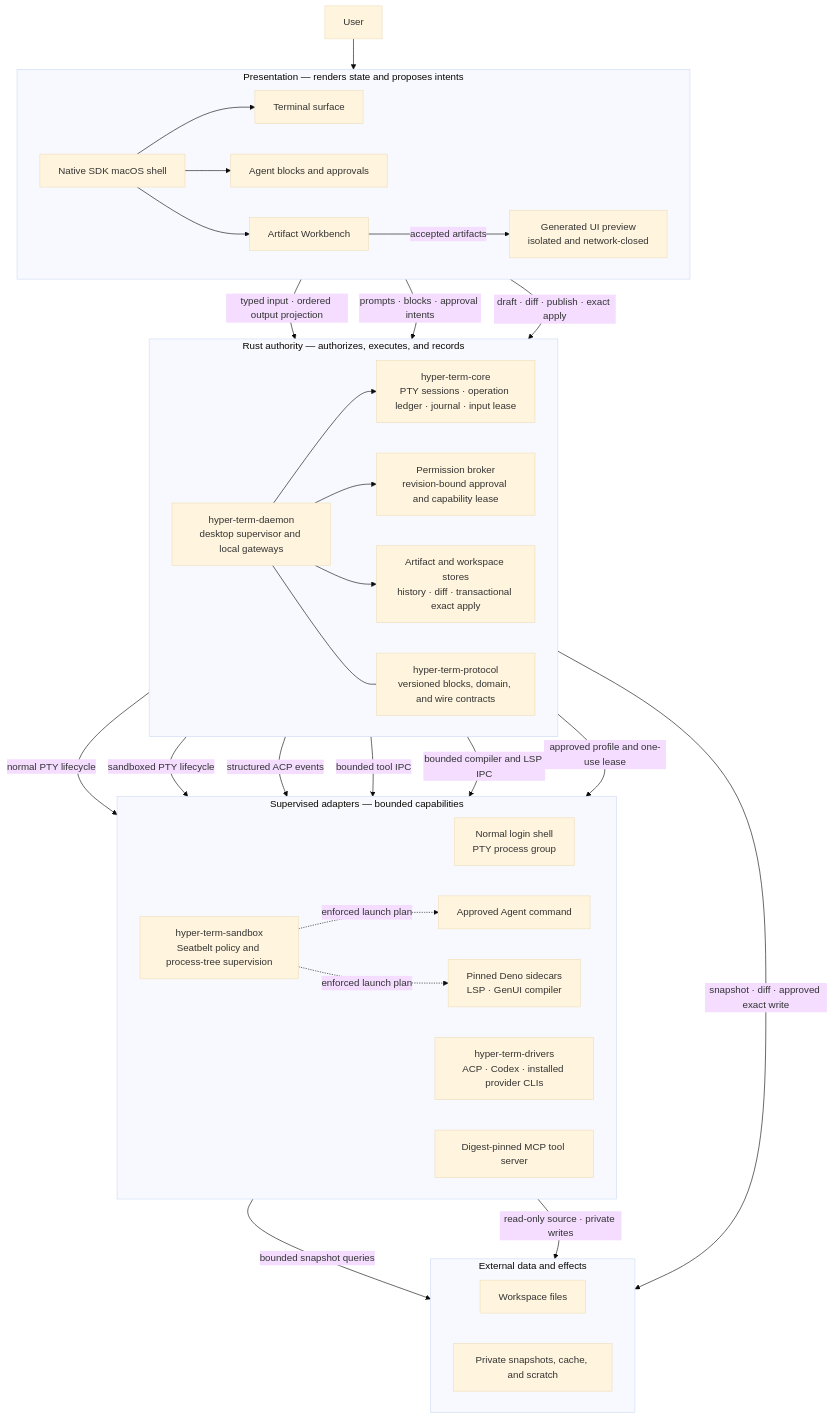
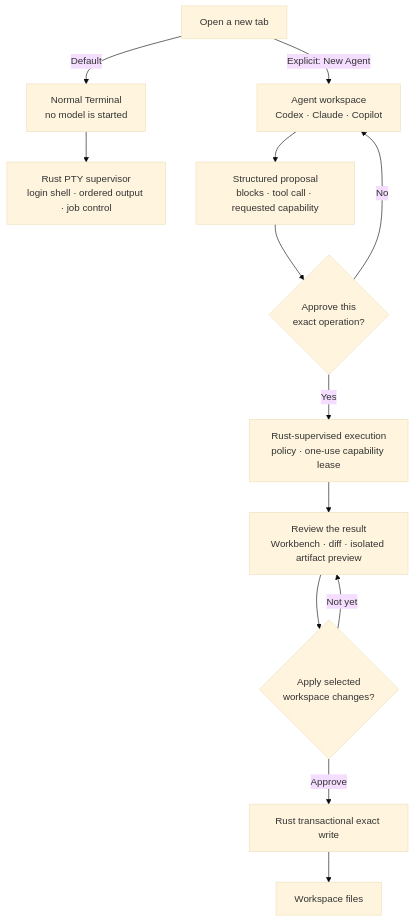
Before and after one commit to phodal/hyper-term: the diagram in README.md, drawn with Mermaid (base theme). The commit also changed other lines of this file, not shown here.

Commit message:
docs: focus README on terminal and agent paths

````diff
--- a/README.md
+++ b/README.md
@@ -76,67 +80,18 @@
 ```mermaid
 flowchart TB
-    USER["User"]
+    START["Open a new tab"]
 
-    subgraph UI["Presentation — renders state and proposes intents"]
-        direction LR
-        SHELL["Native SDK macOS shell"]
-        TERMINAL["Terminal surface"]
-        AGENT["Agent blocks and approvals"]
-        WORKBENCH["Artifact Workbench"]
-        PREVIEW["Generated UI preview<br/>isolated and network-closed"]
+    START -->|"Default"| TERMINAL["Normal Terminal<br/>no model is started"]
+    TERMINAL --> PTY["Rust PTY supervisor<br/>login shell · ordered output · job control"]
 
-        SHELL --> TERMINAL
-        SHELL --> AGENT
-        SHELL --> WORKBENCH
-        WORKBENCH -->|"accepted artifacts"| PREVIEW
-    end
-
-    subgraph RUST["Rust authority — authorizes, executes, and records"]
-        direction LR
-        DAEMON["hyper-term-daemon<br/>desktop supervisor and local gateways"]
-        CORE["hyper-term-core<br/>PTY sessions · operation ledger · journal · input lease"]
-        BROKER["Permission broker<br/>revision-bound approval and capability lease"]
-        ARTIFACTS["Artifact and workspace stores<br/>history · diff · transactional exact apply"]
-        PROTOCOL["hyper-term-protocol<br/>versioned blocks, domain, and wire contracts"]
-
-        DAEMON --> CORE
-        DAEMON --> BROKER
-        DAEMON --> ARTIFACTS
-        DAEMON --- PROTOCOL
-    end
-
-    subgraph SERVICES["Supervised adapters — bounded capabilities"]
-        direction LR
-        PTY["Normal login shell<br/>PTY process group"]
-        AGENT_PROCESS["Approved Agent command"]
-        PROVIDERS["hyper-term-drivers<br/>ACP · Codex · installed provider CLIs"]
-        MCP["Digest-pinned MCP tool server"]
-        DENO["Pinned Deno sidecars<br/>LSP · GenUI compiler"]
-        SANDBOX["hyper-term-sandbox<br/>Seatbelt policy and process-tree supervision"]
-    end
-
-    subgraph DATA["External data and effects"]
-        direction LR
-        WORKSPACE["Workspace files"]
-        PRIVATE["Private snapshots, cache, and scratch"]
-    end
-
-    USER --> SHELL
-
-    TERMINAL -->|"typed input · ordered output projection"| DAEMON
-    AGENT -->|"prompts · blocks · approval intents"| DAEMON
-    WORKBENCH -->|"draft · diff · publish · exact apply"| DAEMON
-
-    CORE -->|"normal PTY lifecycle"| PTY
-    CORE -->|"sandboxed PTY lifecycle"| AGENT_PROCESS
-    DAEMON -->|"structured ACP events"| PROVIDERS
-    DAEMON -->|"bounded tool IPC"| MCP
-    DAEMON -->|"bounded compiler and LSP IPC"| DENO
-    BROKER -->|"approved profile and one-use lease"| SANDBOX
-    SANDBOX -. "enforced launch plan" .-> AGENT_PROCESS
-    SANDBOX -. "enforced launch plan" .-> DENO
-
-    ARTIFACTS -->|"snapshot · diff · approved exact write"| WORKSPACE
-    MCP -->|"bounded snapshot queries"| PRIVATE
-    DENO -->|"read-only source · private writes"| PRIVATE
+    START -->|"Explicit: New Agent"| AGENT["Agent workspace<br/>Codex · Claude · Copilot"]
+    AGENT --> PROPOSAL["Structured proposal<br/>blocks · tool call · requested capability"]
+    PROPOSAL --> APPROVE{"Approve this<br/>exact operation?"}
+    APPROVE -->|"No"| AGENT
+    APPROVE -->|"Yes"| EXECUTE["Rust-supervised execution<br/>policy · one-use capability lease"]
+    EXECUTE --> REVIEW["Review the result<br/>Workbench · diff · isolated artifact preview"]
+    REVIEW --> APPLY{"Apply selected<br/>workspace changes?"}
+    APPLY -->|"Not yet"| REVIEW
+    APPLY -->|"Approve"| WRITE["Rust transactional exact write"]
+    WRITE --> WORKSPACE["Workspace files"]
 ```
````
